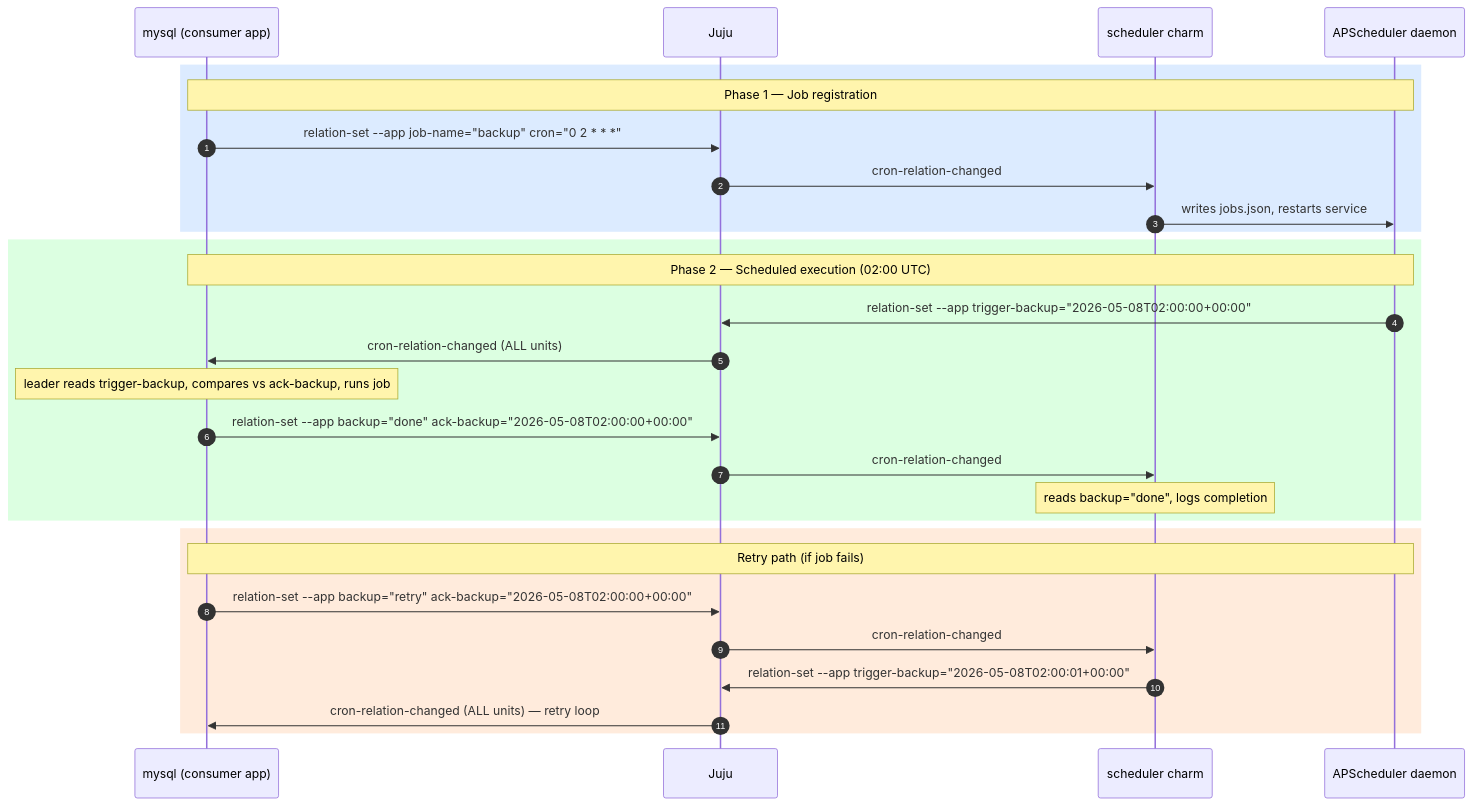
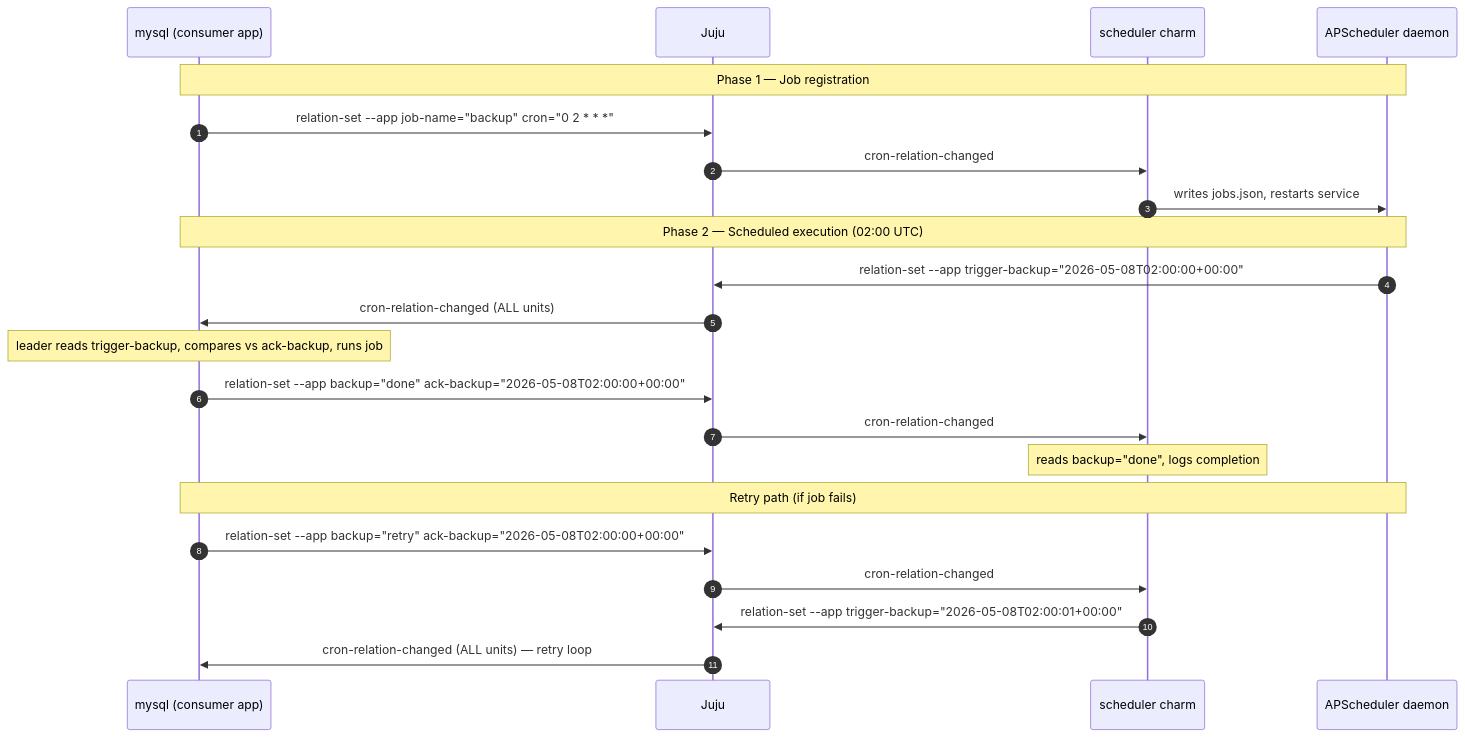
Before and after one commit to gabrielcocenza/scheduler-operator: the diagram in README.md, drawn with Mermaid.

Commit message:
docs: remove rect backgrounds from Mermaid diagram for readability
Colored rect fills caused arrows and text to render in light gray on
GitHub. Replaced with plain note banners to keep phase labels while
restoring full contrast on arrows and text.

````diff
--- a/README.md
+++ b/README.md
@@ -12,33 +12,27 @@
 ```mermaid
 sequenceDiagram
     autonumber
     participant Consumer as mysql (consumer app)
     participant Juju
     participant Scheduler as scheduler charm
     participant APSched as APScheduler daemon
 
-    rect rgb(220, 235, 255)
-        note over Consumer,APSched: Phase 1 — Job registration
-        Consumer->>Juju: relation-set --app job-name="backup" cron="0 2 * * *"
-        Juju->>Scheduler: cron-relation-changed
-        Scheduler->>APSched: writes jobs.json, restarts service
-    end
+    note over Consumer,APSched: Phase 1 — Job registration
+    Consumer->>Juju: relation-set --app job-name="backup" cron="0 2 * * *"
+    Juju->>Scheduler: cron-relation-changed
+    Scheduler->>APSched: writes jobs.json, restarts service
 
-    rect rgb(220, 255, 225)
-        note over Consumer,APSched: Phase 2 — Scheduled execution (02:00 UTC)
-        APSched->>Juju: relation-set --app trigger-backup="2026-05-08T02:00:00+00:00"
-        Juju->>Consumer: cron-relation-changed (ALL units)
-        note over Consumer: leader reads trigger-backup, compares vs ack-backup, runs job
-        Consumer->>Juju: relation-set --app backup="done" ack-backup="2026-05-08T02:00:00+00:00"
-        Juju->>Scheduler: cron-relation-changed
-        note over Scheduler: reads backup="done", logs completion
-    end
+    note over Consumer,APSched: Phase 2 — Scheduled execution (02:00 UTC)
+    APSched->>Juju: relation-set --app trigger-backup="2026-05-08T02:00:00+00:00"
+    Juju->>Consumer: cron-relation-changed (ALL units)
+    note over Consumer: leader reads trigger-backup, compares vs ack-backup, runs job
+    Consumer->>Juju: relation-set --app backup="done" ack-backup="2026-05-08T02:00:00+00:00"
+    Juju->>Scheduler: cron-relation-changed
+    note over Scheduler: reads backup="done", logs completion
 
-    rect rgb(255, 235, 220)
-        note over Consumer,APSched: Retry path (if job fails)
-        Consumer->>Juju: relation-set --app backup="retry" ack-backup="2026-05-08T02:00:00+00:00"
-        Juju->>Scheduler: cron-relation-changed
-        Scheduler->>Juju: relation-set --app trigger-backup="2026-05-08T02:00:01+00:00"
-        Juju->>Consumer: cron-relation-changed (ALL units) — retry loop
-    end
+    note over Consumer,APSched: Retry path (if job fails)
+    Consumer->>Juju: relation-set --app backup="retry" ack-backup="2026-05-08T02:00:00+00:00"
+    Juju->>Scheduler: cron-relation-changed
+    Scheduler->>Juju: relation-set --app trigger-backup="2026-05-08T02:00:01+00:00"
+    Juju->>Consumer: cron-relation-changed (ALL units) — retry loop
 ```
````
